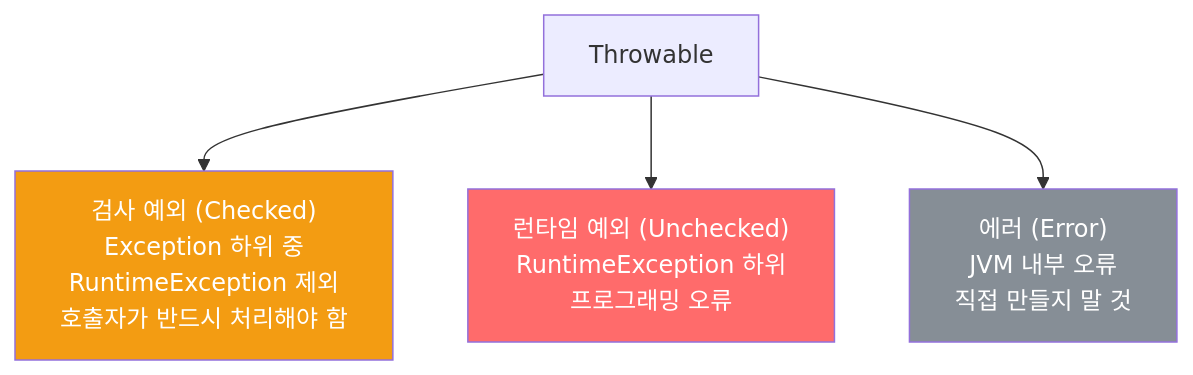
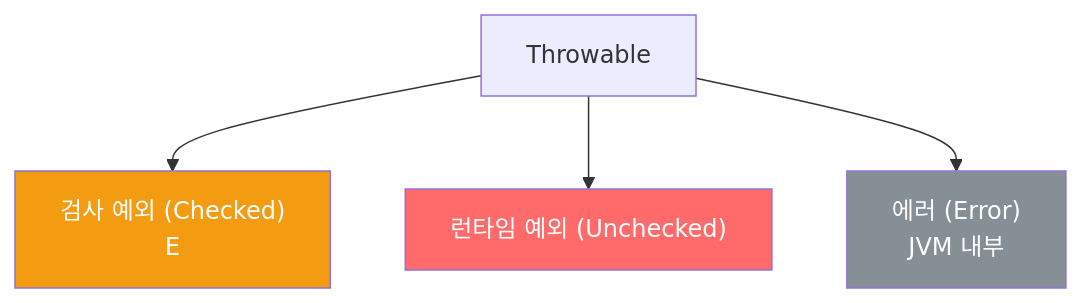
One commit to yjkim2015/yjkim2015.github.io changed the diagram in _posts/java/2022-02-16-effective-java70.md. Above: the diagram before and after it, drawn with Mermaid. The commit also changed 271 other files, not shown here.

First line of the commit message:
Mermaid 라벨 축소: 긴 노드 텍스트 18자 이하로 트림 + \n 제거

````diff
--- a/_posts/java/2022-02-16-effective-java70.md
+++ b/_posts/java/2022-02-16-effective-java70.md
@@ -18,9 +18,9 @@
 ```mermaid
 graph TD
-    A["Throwable"] --> B["검사 예외 (Checked)\nException 하위 중\nRuntimeException 제외\n호출자가 반드시 처리해야 함"]
-    A --> C["런타임 예외 (Unchecked)\nRuntimeException 하위\n프로그래밍 오류"]
-    A --> D["에러 (Error)\nJVM 내부 오류\n직접 만들지 말 것"]
+    A["Throwable"] --> B["검사 예외 (Checked)\nE"]
+    A --> C["런타임 예외 (Unchecked)"]
+    A --> D["에러 (Error)\nJVM 내부"]
     style B fill:#f39c12,color:#fff
     style C fill:#ff6b6b,color:#fff
     style D fill:#868e96,color:#fff
 ```
````
